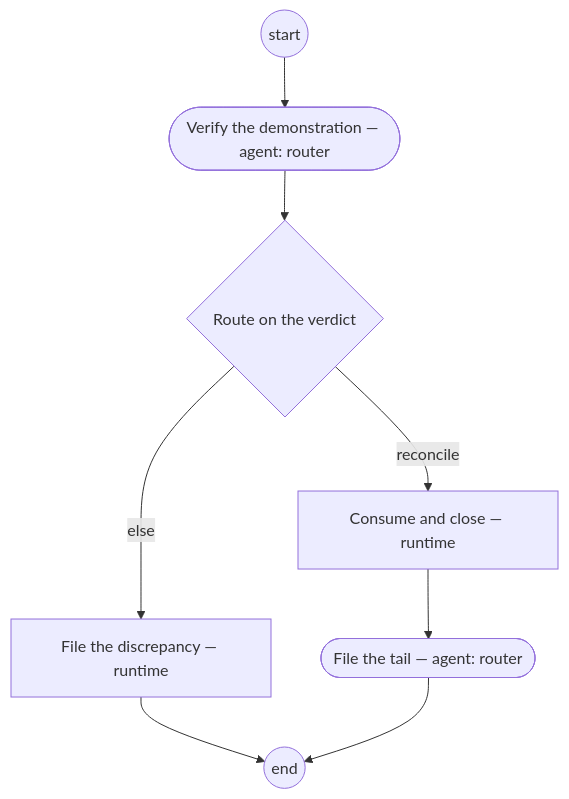
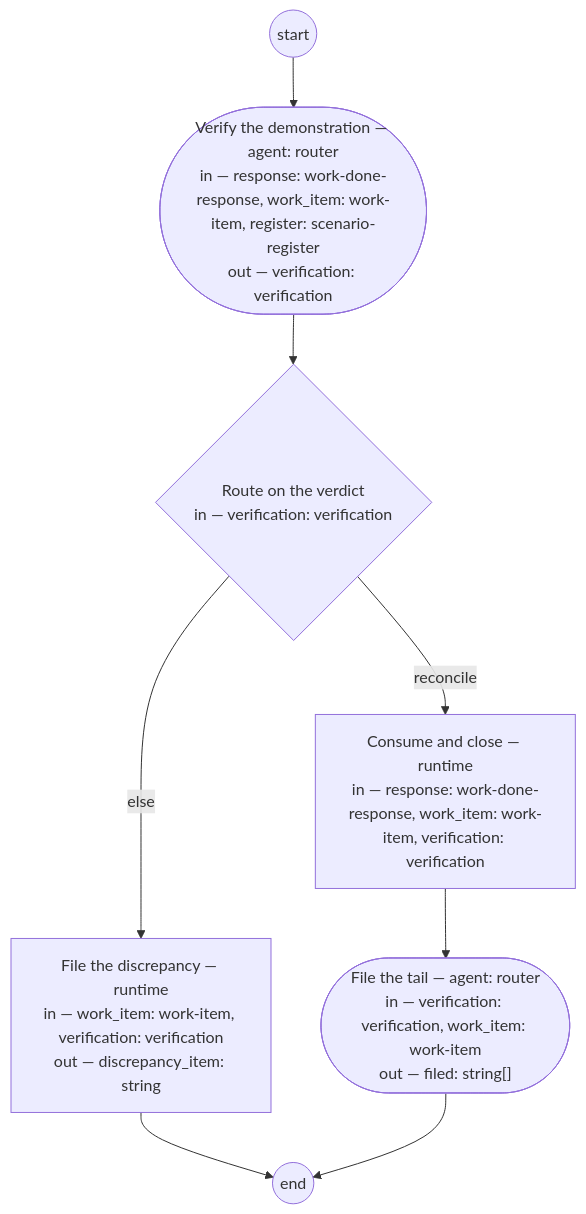
One commit to dstengle/shopsystem-product changed the diagram in basis/processes/reconcile-and-close.md. Above: the diagram before and after it, drawn with Mermaid. The commit also changed 3 other files, not shown here.

Commit message:
Diagrams show typed inputs/outputs per step node

````diff
--- a/basis/processes/reconcile-and-close.md
+++ b/basis/processes/reconcile-and-close.md
@@ -40,16 +40,16 @@
 ```mermaid
 flowchart TD
-  verify(["Verify the demonstration — agent: router"])
-  route{"Route on the verdict"}
-  consume_close["Consume and close — runtime"]
-  escalate["File the discrepancy — runtime"]
-  file_tail(["File the tail — agent: router"])
+  verify(["Verify the demonstration — agent: router<br/>in — response: work-done-response, work_item: work-item, register: scenario-register<br/>out — verification: verification"])
+  route{"Route on the verdict<br/>in — verification: verification"}
+  consume_close["Consume and close — runtime<br/>in — response: work-done-response, work_item: work-item, verification: verification"]
+  escalate["File the discrepancy — runtime<br/>in — work_item: work-item, verification: verification<br/>out — discrepancy_item: string"]
+  file_tail(["File the tail — agent: router<br/>in — verification: verification, work_item: work-item<br/>out — filed: string[]"])
   __end(("end"))
   __start(("start")) --> verify
   verify --> route
   route -->|reconcile| consume_close
   route -->|else| escalate
   consume_close --> file_tail
   escalate --> __end
   file_tail --> __end
 ```
````
